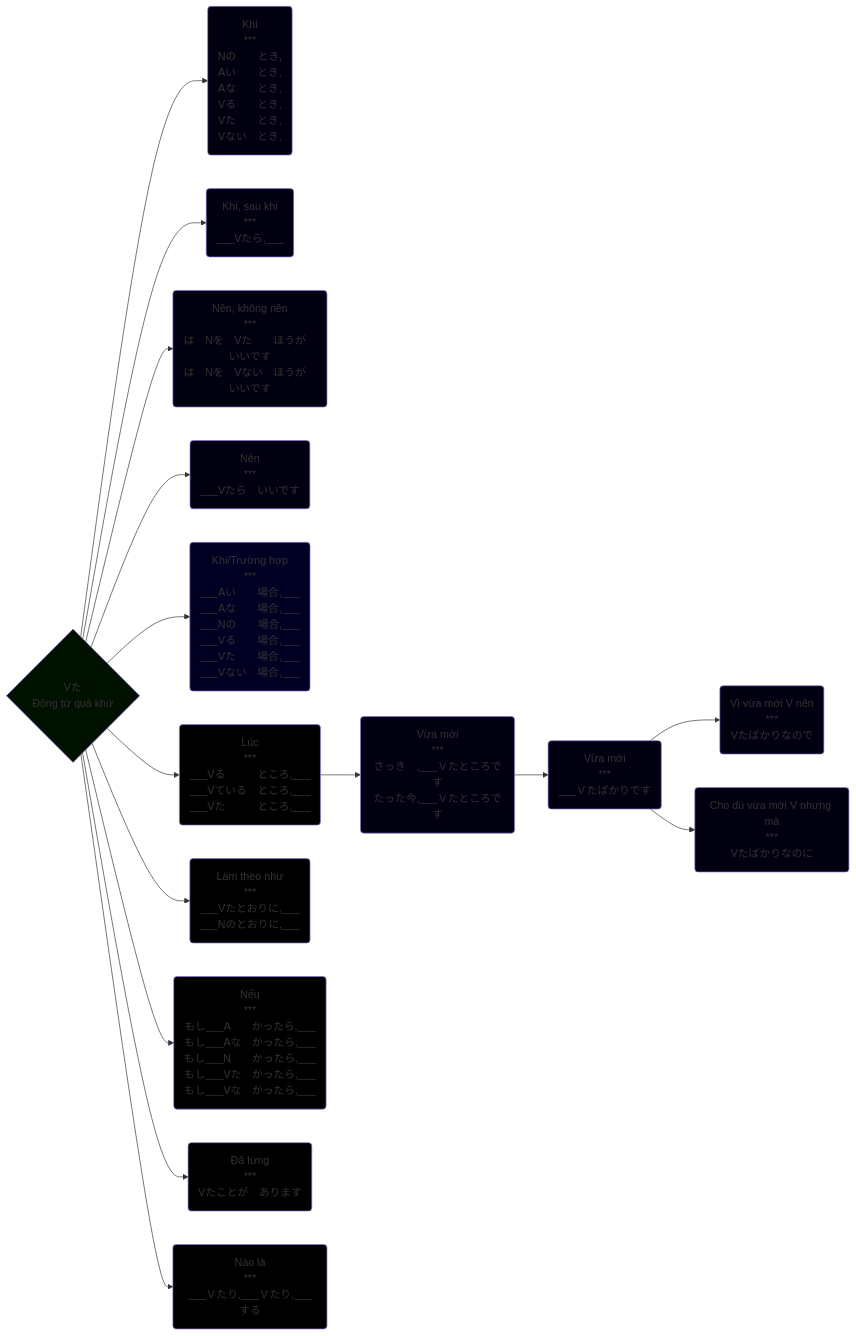
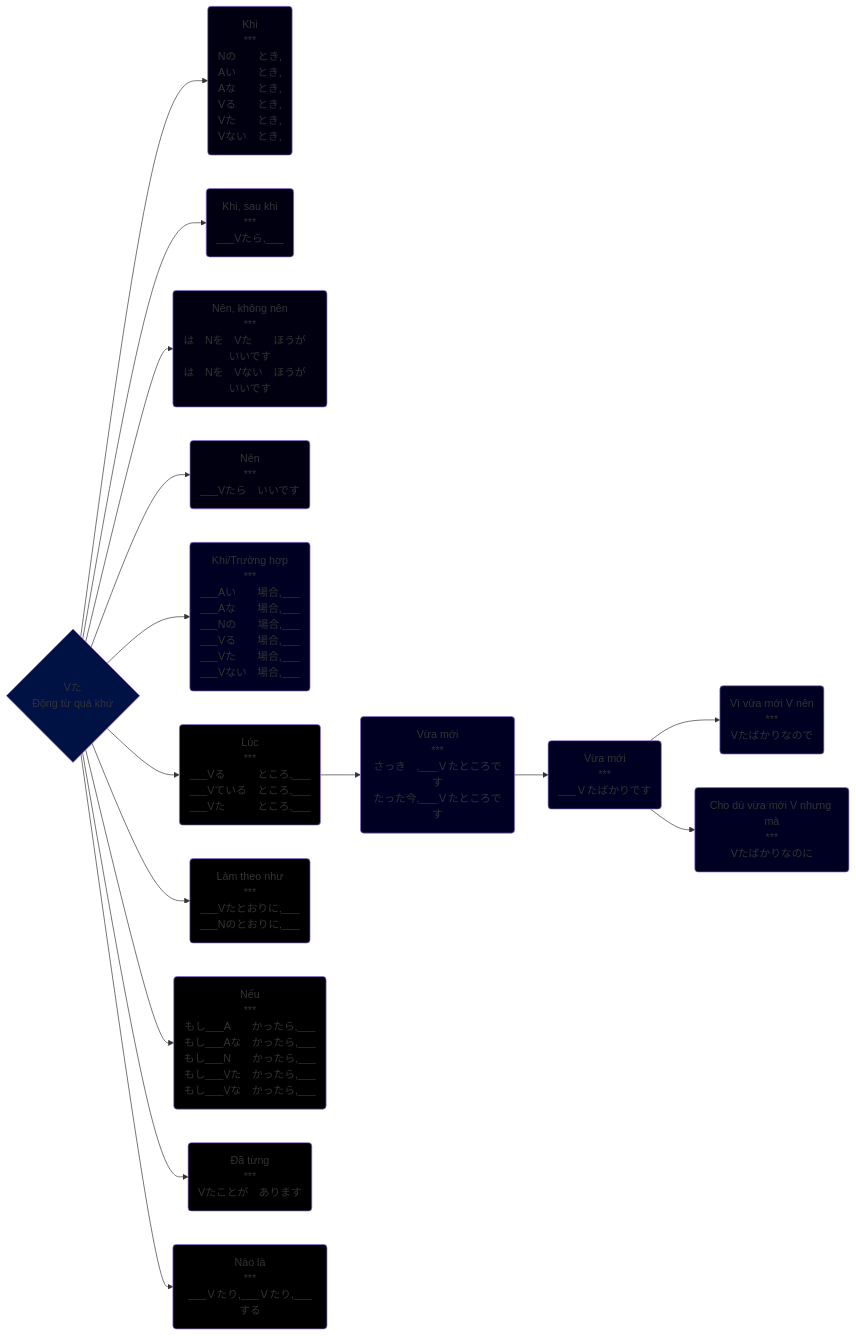
One commit to tea1504/learn changed the diagram in The/た形.md. Above: the diagram before and after it, drawn with Mermaid. The commit also changed 7 other files, not shown here.

````diff
--- a/The/た形.md
+++ b/The/た形.md
@@ -1,35 +1,35 @@
 ```mermaid
 graph LR;
     V{Vた\nĐộng từ quá khứ}
 
     V-->khi(Khi\n***\nNの　　とき,\nAい　　とき,\nAな　　とき,\nVる　　とき,\nVた　　とき,\nVない　とき,)
     V-->khiSauKhi(Khi, sau khi\n***\n___Vたら,___)
     V-->nenKhongNen(Nên, không nên\n***\nは　Nを　Vた　　ほうが　いいです\nは　Nを　Vない　ほうが　いいです)
     V-->nenV(Nên\n***\n___Vたら　いいです)
     V-->truongHop(Khi/Trường hợp\n***\n___Aい　　場合,___\n___Aな　　場合,___\n___Nの　　場合,___\n___Vる　　場合,___\n___Vた　　場合,___\n___Vない　場合,___)
     V-->luc(Lúc\n***\n___Vる　　　ところ,___\n___Vている　ところ,___\n___Vた　　　ところ,___)
     V-->lamTheoNhu(Làm theo như\n***\n___Vたとおりに,___\n___Nのとおりに,___)
     V-->neu(Nếu\n***\nもし___A　　かったら,___\nもし___Aな　かったら,___\nもし___N　　かったら,___\nもし___Vた　かったら,___\nもし___Vな　かったら,___)
     V-->daTung(Đã từng\n***\nVたことが　あります)
     V-->naoLa(Nào là\n***\n___Ｖたり,___Ｖたり,___する)
     luc-->vuaMoi(Vừa mới\n***\nさっき　,___Ｖたところです\nたった今,___Ｖたところです)
     vuaMoi-->vuaMoi2(Vừa mới\n***\n___Ｖたばかりです)
     vuaMoi2-->viVuaMoiVNen(Vì vừa mới V nên\n***\nVたばかりなので)
     vuaMoi2-->choDuVuaMoiVNhungMa(Cho dù vừa mới V nhưng mà\n***\nVたばかりなのに)
 
-    style V fill:#010
-    style choDuVuaMoiVNhungMa fill:#001
+    style V fill:#014
+    style choDuVuaMoiVNhungMa fill:#002
     style daTung fill:#000
     style khi fill:#001
     style khiSauKhi fill:#001
     style lamTheoNhu fill:#000
     style luc fill:#000
     style naoLa fill:#000
     style nenKhongNen fill:#001
     style nenV fill:#001
     style neu fill:#000
     style truongHop fill:#002
-    style viVuaMoiVNen fill:#001
-    style vuaMoi fill:#001
-    style vuaMoi2 fill:#001
+    style viVuaMoiVNen fill:#002
+    style vuaMoi fill:#002
+    style vuaMoi2 fill:#002
 ```
````
